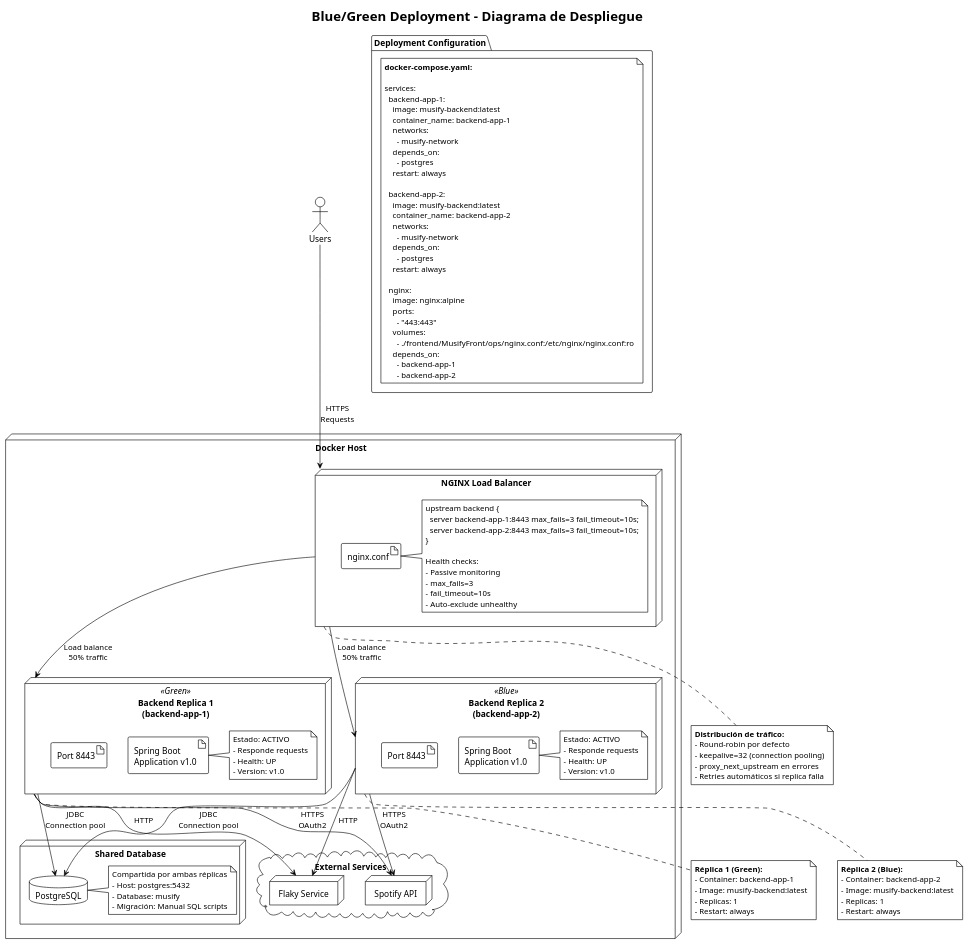
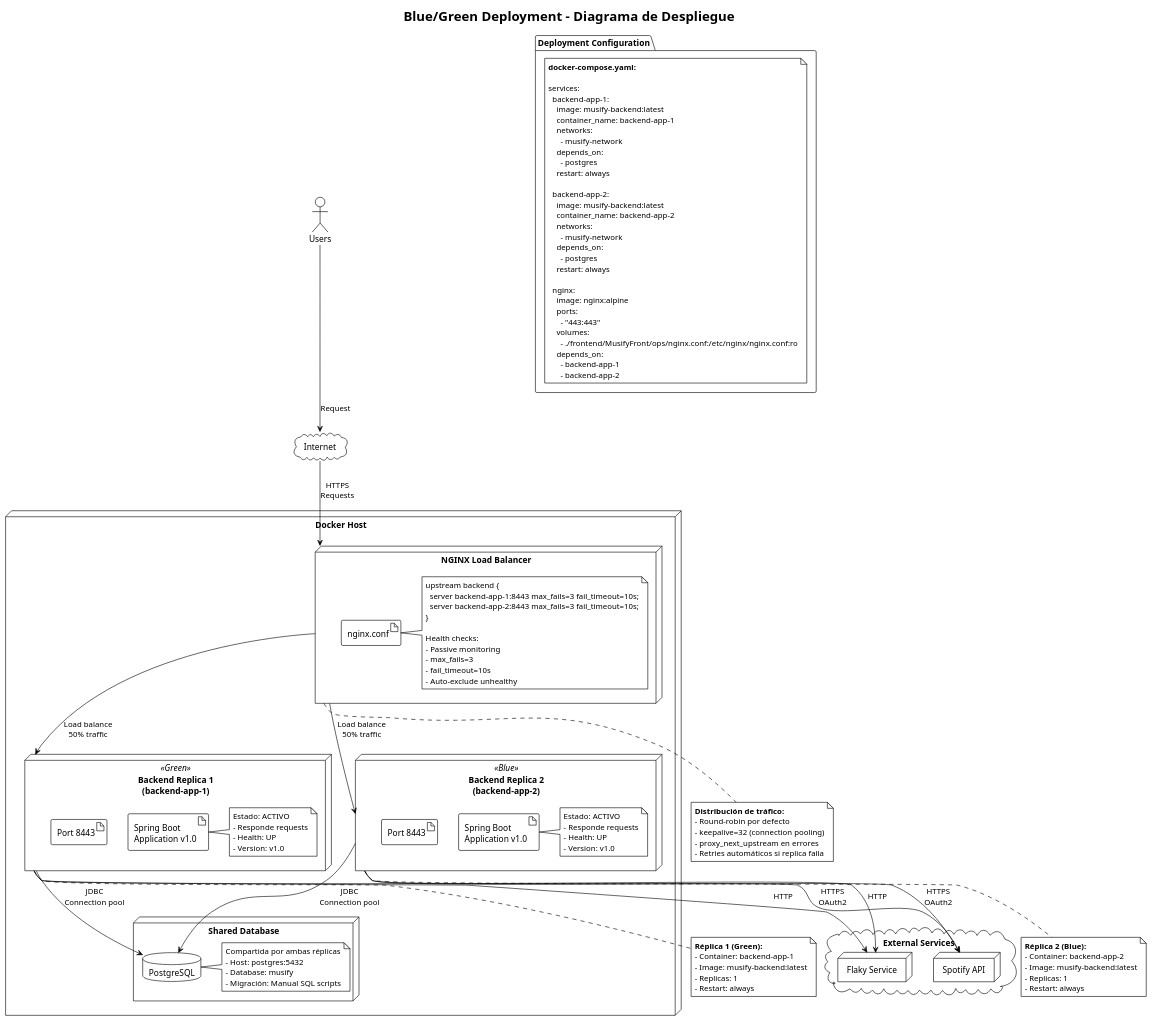
The diagram in diagramas/blue-green-deployment.pu (clara-s-n/musify), drawn with PlantUML before and after one commit. The commit also changed 10 other files, not shown here.

Commit message:
Update diagrams with lifelines, external cloud structures, and justification notes

```diff
--- a/diagramas/blue-green-deployment.pu
+++ b/diagramas/blue-green-deployment.pu
@@ -1,140 +1,143 @@
 @startuml blue-green-deployment
 !theme plain
 title Blue/Green Deployment - Diagrama de Despliegue
 
 node "Docker Host" {
   
   node "NGINX Load Balancer" as NGINX {
     artifact "nginx.conf" as NginxConf
     
     note right of NginxConf
       upstream backend {
         server backend-app-1:8443 max_fails=3 fail_timeout=10s;
         server backend-app-2:8443 max_fails=3 fail_timeout=10s;
       }
       
       Health checks:
       - Passive monitoring
       - max_fails=3
       - fail_timeout=10s
       - Auto-exclude unhealthy
     end note
   }
   
   node "Backend Replica 1\n(backend-app-1)" as Backend1 <<Green>> {
     artifact "Spring Boot\nApplication v1.0" as App1
     artifact "Port 8443" as Port1
     
     note right of App1
       Estado: ACTIVO
       - Responde requests
       - Health: UP
       - Version: v1.0
     end note
   }
   
   node "Backend Replica 2\n(backend-app-2)" as Backend2 <<Blue>> {
     artifact "Spring Boot\nApplication v1.0" as App2
     artifact "Port 8443" as Port2
     
     note right of App2
       Estado: ACTIVO
       - Responde requests
       - Health: UP
       - Version: v1.0
     end note
   }
   
   node "Shared Database" as DBNode {
     database "PostgreSQL" as DB
     
     note right of DB
       Compartida por ambas réplicas
       - Host: postgres:5432
       - Database: musify
       - Migración: Manual SQL scripts
     end note
   }
   
-  cloud "External Services" {
-    node "Flaky Service" as FlakyService
-    node "Spotify API" as SpotifyAPI
-  }
+}
+
+cloud "External Services" {
+  node "Flaky Service" as FlakyService
+  node "Spotify API" as SpotifyAPI
 }
 
 actor "Users" as Users
+cloud "Internet" as Internet
 
-Users --> NGINX: HTTPS\nRequests
+Users --> Internet: Request
+Internet --> NGINX: HTTPS\nRequests
 
 NGINX -down-> Backend1: Load balance\n50% traffic
 NGINX -down-> Backend2: Load balance\n50% traffic
 
 Backend1 --> DB: JDBC\nConnection pool
 Backend2 --> DB: JDBC\nConnection pool
 
 Backend1 --> FlakyService: HTTP
 Backend2 --> FlakyService: HTTP
 
 Backend1 --> SpotifyAPI: HTTPS\nOAuth2
 Backend2 --> SpotifyAPI: HTTPS\nOAuth2
 
 note bottom of NGINX
   **Distribución de tráfico:**
   - Round-robin por defecto
   - keepalive=32 (connection pooling)
   - proxy_next_upstream en errores
   - Retries automáticos si replica falla
 end note
 
 note bottom of Backend1
   **Réplica 1 (Green):**
   - Container: backend-app-1
   - Image: musify-backend:latest
   - Replicas: 1
   - Restart: always
 end note
 
 note bottom of Backend2
   **Réplica 2 (Blue):**
   - Container: backend-app-2
   - Image: musify-backend:latest
   - Replicas: 1
   - Restart: always
 end note
 
 package "Deployment Configuration" {
   note as DeployNote
     **docker-compose.yaml:**
     
     services:
       backend-app-1:
         image: musify-backend:latest
         container_name: backend-app-1
         networks:
           - musify-network
         depends_on:
           - postgres
         restart: always
       
       backend-app-2:
         image: musify-backend:latest
         container_name: backend-app-2
         networks:
           - musify-network
         depends_on:
           - postgres
         restart: always
       
       nginx:
         image: nginx:alpine
         ports:
           - "443:443"
         volumes:
           - ./frontend/MusifyFront/ops/nginx.conf:/etc/nginx/nginx.conf:ro
         depends_on:
           - backend-app-1
           - backend-app-2
   end note
 }
 
 @enduml
```
